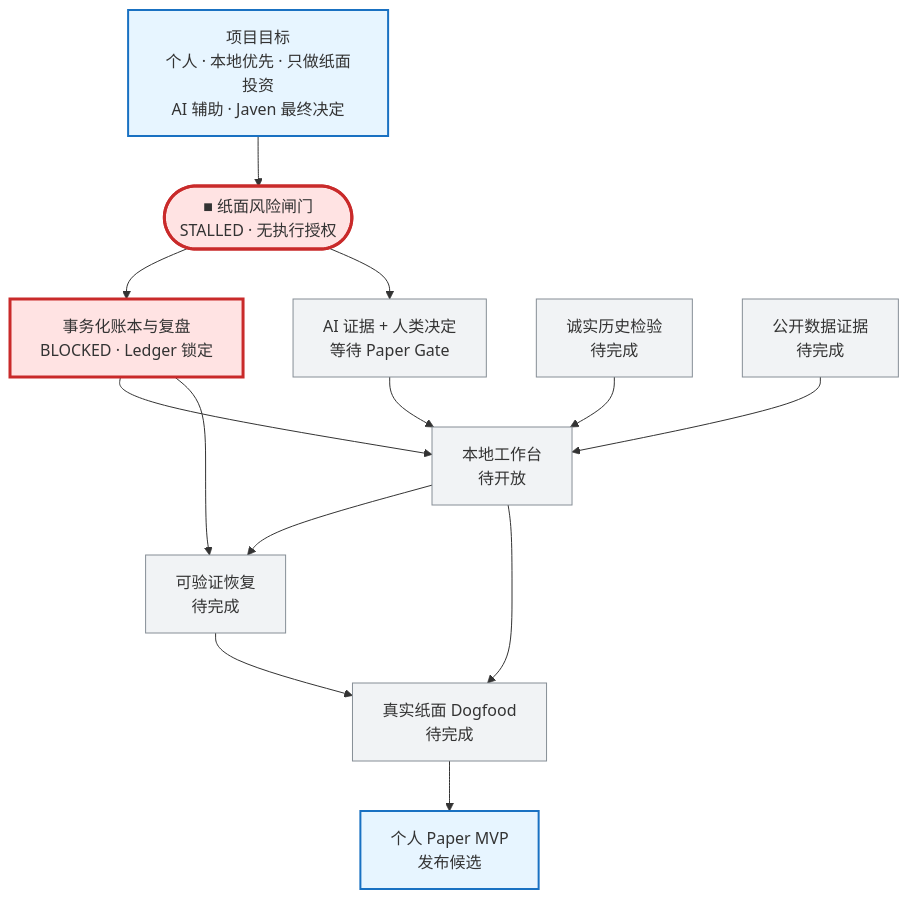
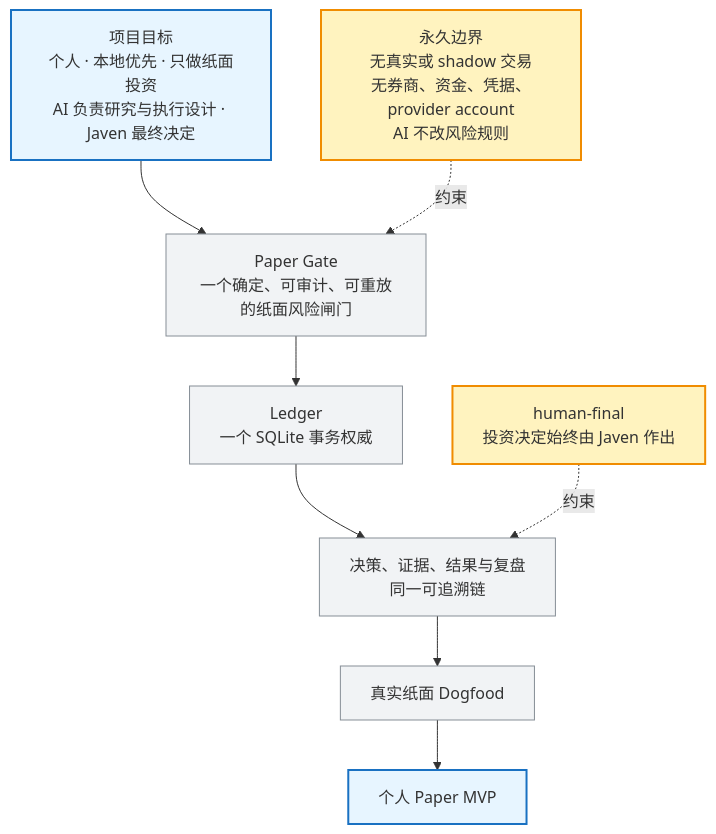
One commit to j-a-v-e-n/knowledge-vault changed the second of 3 diagrams in MyBrain/automation/reports/investment-discipline-system/CURRENT_PROGRESS.md. Above: the diagram before and after it, drawn with Mermaid. The commit also changed other lines of this file, not shown here.

````diff
--- a/MyBrain/automation/reports/investment-discipline-system/CURRENT_PROGRESS.md
+++ b/MyBrain/automation/reports/investment-discipline-system/CURRENT_PROGRESS.md
@@ -57,23 +38,18 @@
 ```mermaid
 flowchart TB
-    M["项目目标<br/>个人 · 本地优先 · 只做纸面投资<br/>AI 辅助 · Javen 最终决定"] --> PG(["■ 纸面风险闸门<br/>STALLED · 无执行授权"])
+    M["项目目标<br/>个人 · 本地优先 · 只做纸面投资<br/>AI 负责研究与执行设计 · Javen 最终决定"] --> PG["Paper Gate<br/>一个确定、可审计、可重放的纸面风险闸门"]
+    PG --> LEDGER["Ledger<br/>一个 SQLite 事务权威"]
+    LEDGER --> REVIEW["决策、证据、结果与复盘<br/>同一可追溯链"]
+    REVIEW --> DOG["真实纸面 Dogfood"]
+    DOG --> MVP["个人 Paper MVP"]
 
-    PG --> L["事务化账本与复盘<br/>BLOCKED · Ledger 锁定"]
-    PG --> H["AI 证据 + 人类决定<br/>等待 Paper Gate"]
-    B["诚实历史检验<br/>待完成"] --> W["本地工作台<br/>待开放"]
-    D["公开数据证据<br/>待完成"] --> W
-    L --> W
-    H --> W
-    L --> R["可验证恢复<br/>待完成"]
-    W --> R
-    W --> G["真实纸面 Dogfood<br/>待完成"]
-    R --> G
-    G --> X["个人 Paper MVP<br/>发布候选"]
+    SAFE["永久边界<br/>无真实或 shadow 交易<br/>无券商、资金、凭据、provider account<br/>AI 不改风险规则"] -.约束.-> PG
+    HUMAN["human-final<br/>投资决定始终由 Javen 作出"] -.约束.-> REVIEW
 
-    classDef failed fill:#ffe3e3,stroke:#c92a2a,stroke-width:3px;
-    classDef boundary fill:#e7f5ff,stroke:#1971c2,stroke-width:2px;
+    classDef goal fill:#e7f5ff,stroke:#1971c2,stroke-width:2px;
     classDef pending fill:#f1f3f5,stroke:#868e96;
-    class PG,L failed;
-    class M,X boundary;
-    class H,B,D,W,R,G pending;
+    classDef boundary fill:#fff3bf,stroke:#f08c00,stroke-width:2px;
+    class M,MVP goal;
+    class PG,LEDGER,REVIEW,DOG pending;
+    class SAFE,HUMAN boundary;
 ```
````
